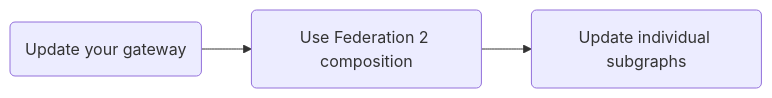
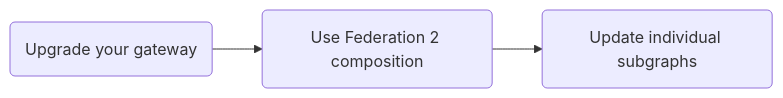
The first of 2 diagrams in docs/source/federation-2/moving-to-federation-2.mdx (apollographql/federation), drawn with Mermaid before and after one commit. The commit also changed other lines of this file and 2 other files, not shown here.

Commit message:
Docs edits for gateway changes

````diff
--- a/docs/source/federation-2/moving-to-federation-2.mdx
+++ b/docs/source/federation-2/moving-to-federation-2.mdx
@@ -14,6 +14,6 @@
 ```mermaid
 graph LR;
-  gateway(Update your gateway)
+  gateway(Upgrade your gateway)
   gateway --> composition(Use Federation 2 composition);
   composition --> subgrahs(Update individual subgraphs);
 ```
````
